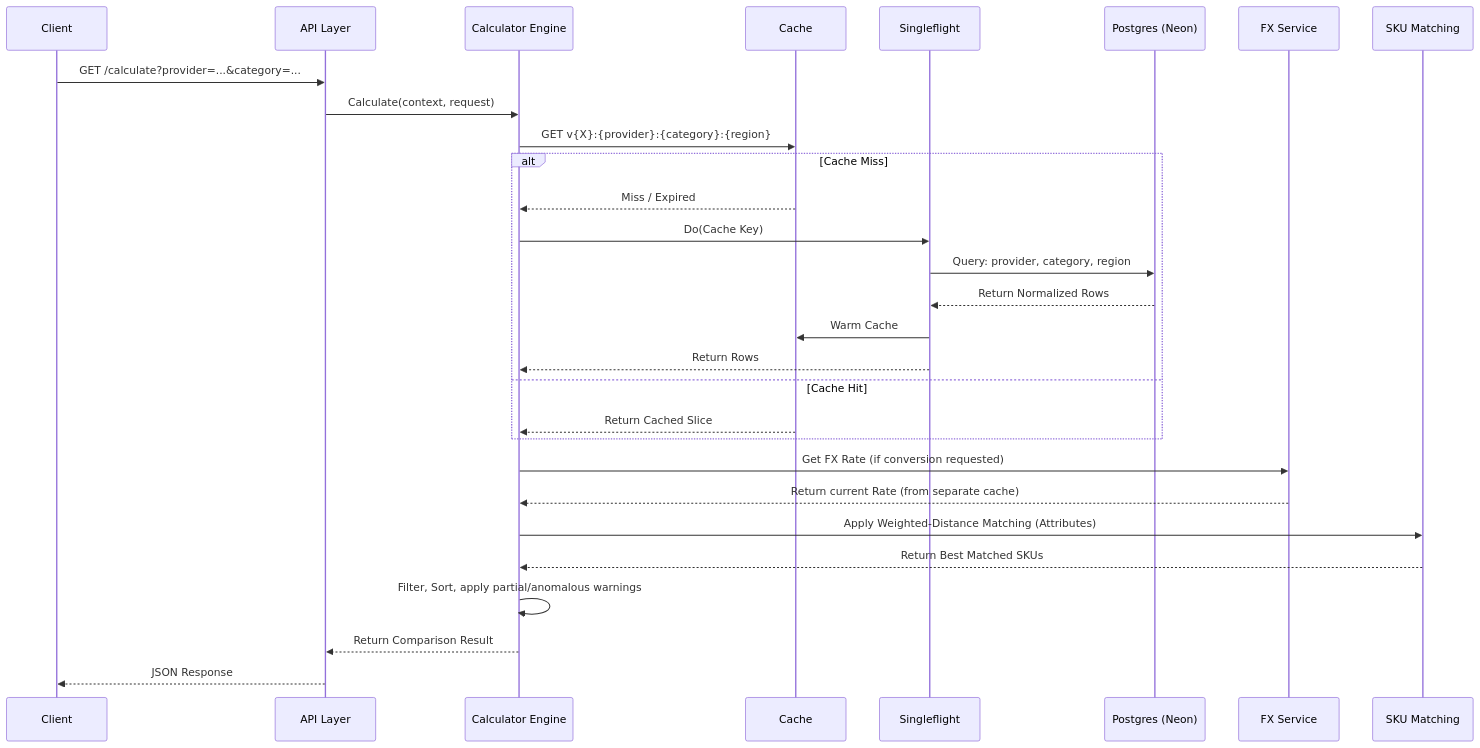
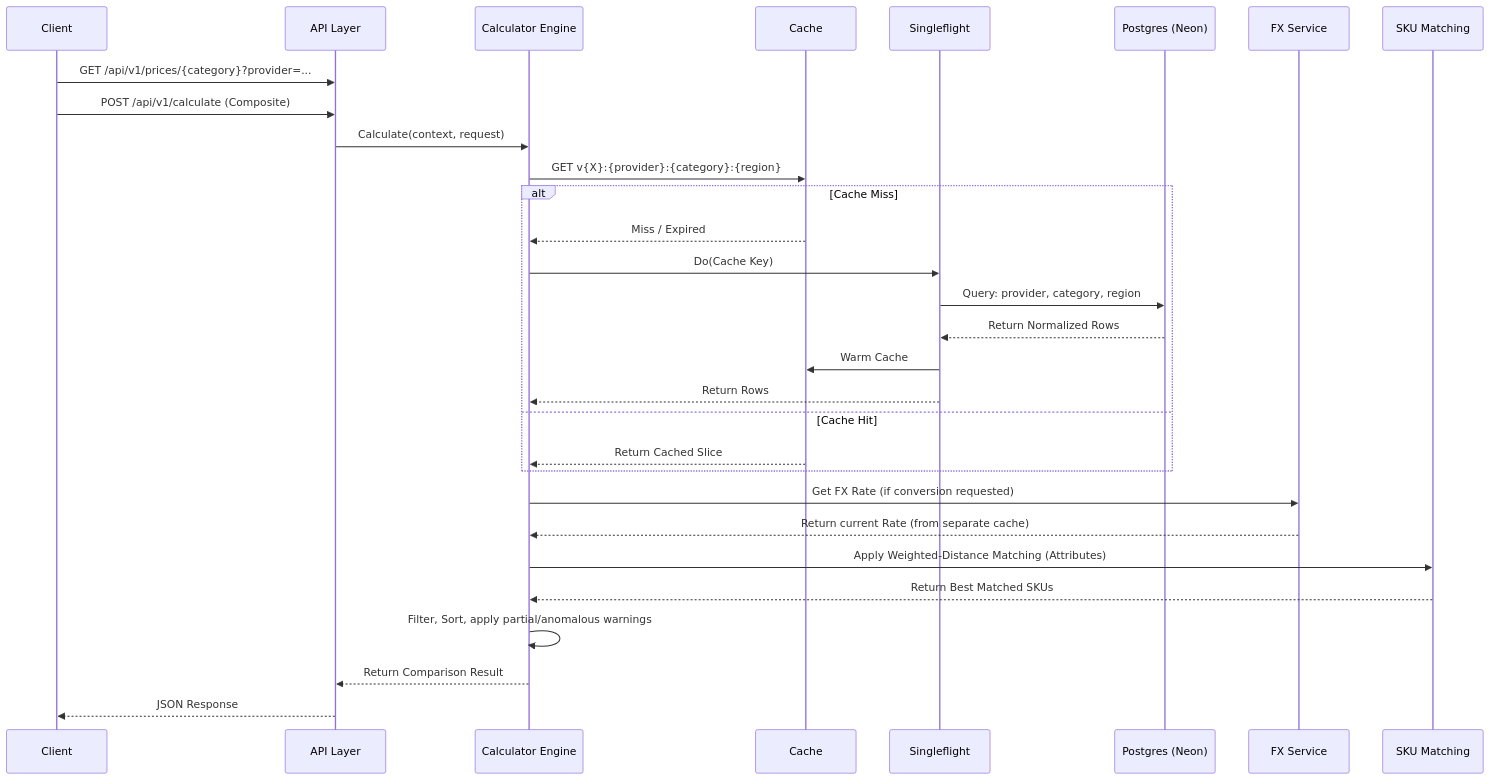
The diagram in docs/diagrams/04-calculator-request-lifecycle.md (thatengineerguy21/cloudvitta), drawn with Mermaid before and after one commit. The commit also changed 9 other files, not shown here.

First line of the commit message:
feat(calculator): add composite calculate endpoint and unify pricing logic

````diff
--- a/docs/diagrams/04-calculator-request-lifecycle.md
+++ b/docs/diagrams/04-calculator-request-lifecycle.md
@@ -3,40 +3,41 @@
 ```mermaid
 sequenceDiagram
     participant Client
     participant HTTP as API Layer
     participant Calc as Calculator Engine
     participant Redis as Cache
     participant SF as Singleflight
     participant DB as Postgres (Neon)
     participant FX as FX Service
     participant Match as SKU Matching
 
-    Client->>HTTP: GET /calculate?provider=...&category=...
+    Client->>HTTP: GET /api/v1/prices/{category}?provider=...
+    Client->>HTTP: POST /api/v1/calculate (Composite)
     HTTP->>Calc: Calculate(context, request)
     
     %% Caching and DB Access
     Calc->>Redis: GET v{X}:{provider}:{category}:{region}
     
     alt Cache Miss
         Redis-->>Calc: Miss / Expired
         Calc->>SF: Do(Cache Key)
         SF->>DB: Query: provider, category, region
         DB-->>SF: Return Normalized Rows
         SF->>Redis: Warm Cache
         SF-->>Calc: Return Rows
     else Cache Hit
         Redis-->>Calc: Return Cached Slice
     end
 
     %% Processing
     Calc->>FX: Get FX Rate (if conversion requested)
     FX-->>Calc: Return current Rate (from separate cache)
     
     Calc->>Match: Apply Weighted-Distance Matching (Attributes)
     Match-->>Calc: Return Best Matched SKUs
     
     Calc->>Calc: Filter, Sort, apply partial/anomalous warnings
     
     Calc-->>HTTP: Return Comparison Result
     HTTP-->>Client: JSON Response
 ```
````
